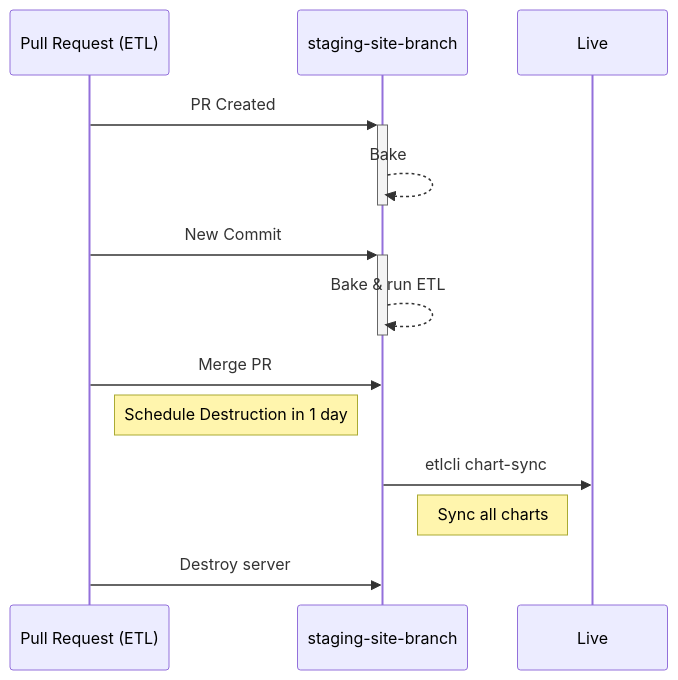
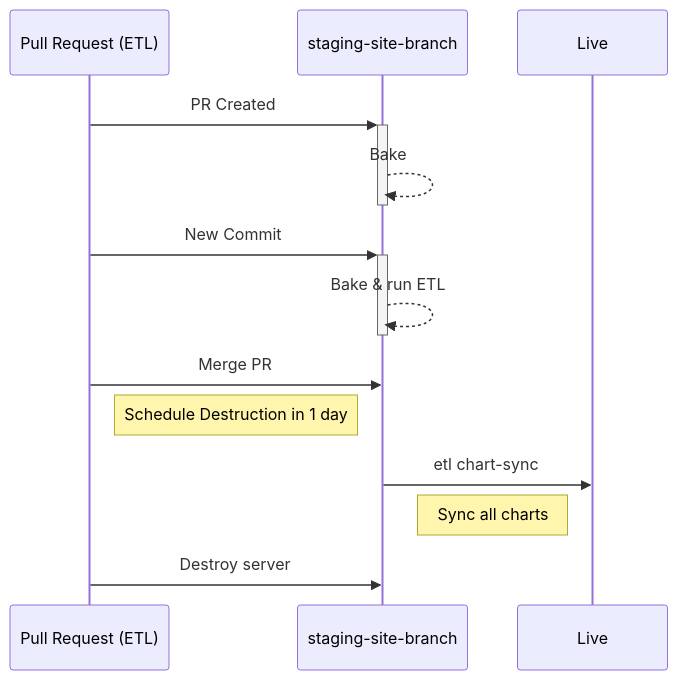
The first of 2 diagrams in docs/architecture/workflow/staging-servers.md (owid/etl), drawn with Mermaid before and after one commit. The commit also changed other lines of this file and 29 other files, not shown here.

Commit message:
swap back etlcli -> etl

````diff
--- a/docs/architecture/workflow/staging-servers.md
+++ b/docs/architecture/workflow/staging-servers.md
@@ -13,16 +13,16 @@
 ```mermaid
 sequenceDiagram
     participant PR as Pull Request (ETL)
     participant SSB as staging-site-branch
     participant live as Live
 
     PR ->>+ SSB: PR Created
     SSB -->>- SSB: Bake
     PR ->>+ SSB: New Commit
     SSB -->>- SSB: Bake & run ETL
     PR ->> SSB: Merge PR
     Note right of PR: Schedule Destruction in 1 day
-    SSB ->> live: etlcli chart-sync
+    SSB ->> live: etl chart-sync
     Note left of live: Sync all charts
     PR ->> SSB: Destroy server
 ```
````
